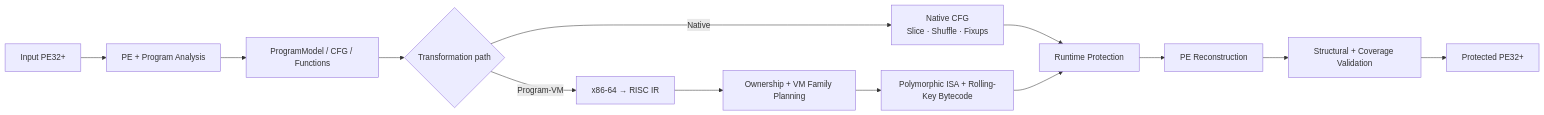
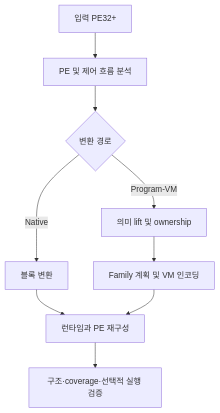
One commit to uzokingkong/BTG-packer changed the diagram in README.ko.md. Above: the diagram before and after it, drawn with Mermaid. The commit also changed other lines of this file, not shown here.

````diff
--- a/README.ko.md
+++ b/README.ko.md
@@ -33,18 +22,11 @@
 ```mermaid
-flowchart LR
-    A["Input PE32+"] --> B["PE + Program Analysis"]
-    B --> C["ProgramModel / CFG / Functions"]
-    C --> D{"Transformation path"}
-
-    D -->|Native| E["Native CFG\nSlice · Shuffle · Fixups"]
-    D -->|Program-VM| F["x86-64 → RISC IR"]
-
-    F --> G["Ownership + VM Family Planning"]
-    G --> H["Polymorphic ISA + Rolling-Key Bytecode"]
-
-    E --> I["Runtime Protection"]
-    H --> I
-    I --> J["PE Reconstruction"]
-    J --> K["Structural + Coverage Validation"]
-    K --> L["Protected PE32+"]
+flowchart TD
+    A["입력 PE32+"] --> B["PE 및 제어 흐름 분석"]
+    B --> C{"변환 경로"}
+    C -->|Native| D["블록 변환"]
+    C -->|Program-VM| E["의미 lift 및 ownership"]
+    E --> F["Family 계획 및 VM 인코딩"]
+    D --> G["런타임과 PE 재구성"]
+    F --> G
+    G --> H["구조·coverage·선택적 실행 검증"]
 ```
````
